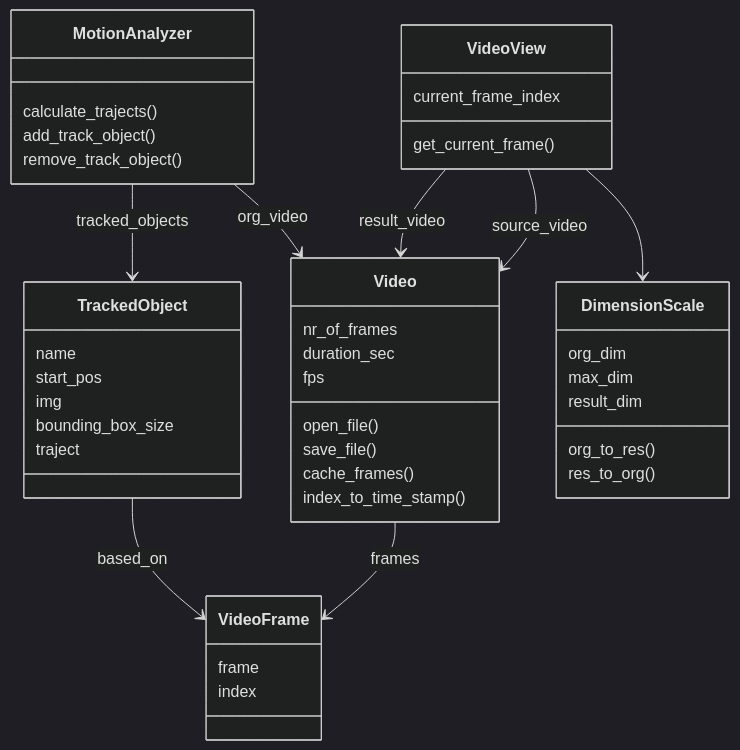
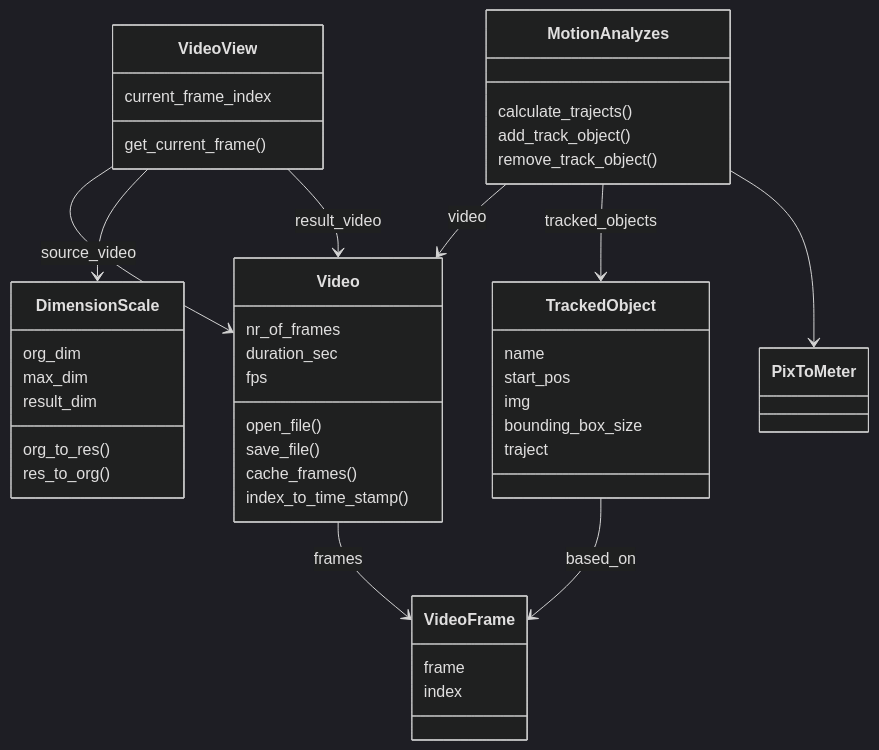
One commit to fvbakel/brilliant changed the second of 3 diagrams in hello_motion/README.md. Above: the diagram before and after it, drawn with Mermaid (dark theme). The commit also changed 5 other files, not shown here.

````diff
--- a/hello_motion/README.md
+++ b/hello_motion/README.md
@@ -16,62 +16,63 @@
 ```mermaid
   classDiagram
 
     class Video {
         nr_of_frames
         duration_sec
         fps
 
         open_file()
         save_file()
         cache_frames()
         index_to_time_stamp()
     }
 
     class VideoFrame {
         frame
         index
     }
 
     Video --> VideoFrame : frames
 
 
 
-    class MotionAnalyzer {
+    class MotionAnalyzes {
 
         calculate_trajects()
         add_track_object()
         remove_track_object()
         
     }
 
     class TrackedObject {
         name
         start_pos
         img
         bounding_box_size
         traject
     }
 
     class VideoView {
         current_frame_index
         get_current_frame()
     }
 
     class DimensionScale {
         org_dim
         max_dim
         result_dim
 
         org_to_res()
         res_to_org()
     }
 
     VideoView --> Video : source_video
     VideoView --> DimensionScale
     VideoView --> Video : result_video
 
     TrackedObject --> VideoFrame :based_on
-    MotionAnalyzer --> Video: org_video
-    MotionAnalyzer --> TrackedObject :tracked_objects
+    MotionAnalyzes --> Video: video
+    MotionAnalyzes  --> TrackedObject :tracked_objects
+    MotionAnalyzes --> PixToMeter
 
 ```
````
